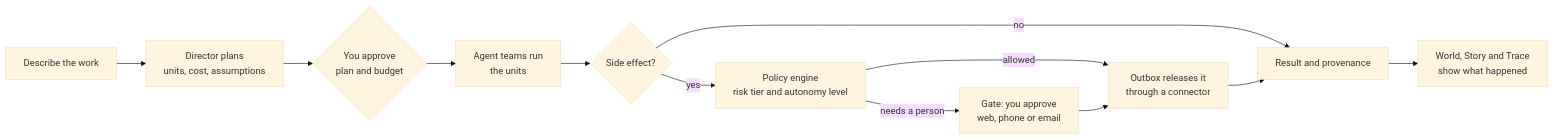
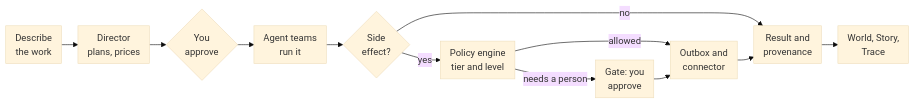
One commit to spark-456/tilo changed the first of 5 diagrams in README.md. Above: the diagram before and after it, drawn with Mermaid (base theme). The commit also changed other lines of this file and 3 other files, not shown here.

````diff
--- a/README.md
+++ b/README.md
@@ -95,14 +102,15 @@
 ```mermaid
+%%{init: {"flowchart": {"nodeSpacing": 20, "rankSpacing": 28, "padding": 8}}}%%
 flowchart LR
-    A["Describe the work"] --> B["Director plans<br/>units, cost, assumptions"]
-    B --> C{"You approve<br/>plan and budget"}
-    C --> D["Agent teams run<br/>the units"]
-    D --> E{"Side effect?"}
-    E -- "yes" --> F["Policy engine<br/>risk tier and autonomy level"]
-    F -- "needs a person" --> G["Gate: you approve<br/>web, phone or email"]
-    F -- "allowed" --> H["Outbox releases it<br/>through a connector"]
+    A["Describe<br/>the work"] --> B["Director<br/>plans, prices"]
+    B --> C{"You<br/>approve"}
+    C --> D["Agent teams<br/>run it"]
+    D --> E{"Side<br/>effect?"}
+    E -- "no" --> I["Result and<br/>provenance"]
+    E -- "yes" --> F["Policy engine<br/>tier and level"]
+    F -- "needs a person" --> G["Gate: you<br/>approve"]
+    F -- "allowed" --> H["Outbox and<br/>connector"]
     G --> H
-    E -- "no" --> I["Result and provenance"]
     H --> I
-    I --> J["World, Story and Trace<br/>show what happened"]
+    I --> J["World, Story,<br/>Trace"]
 ```
````
